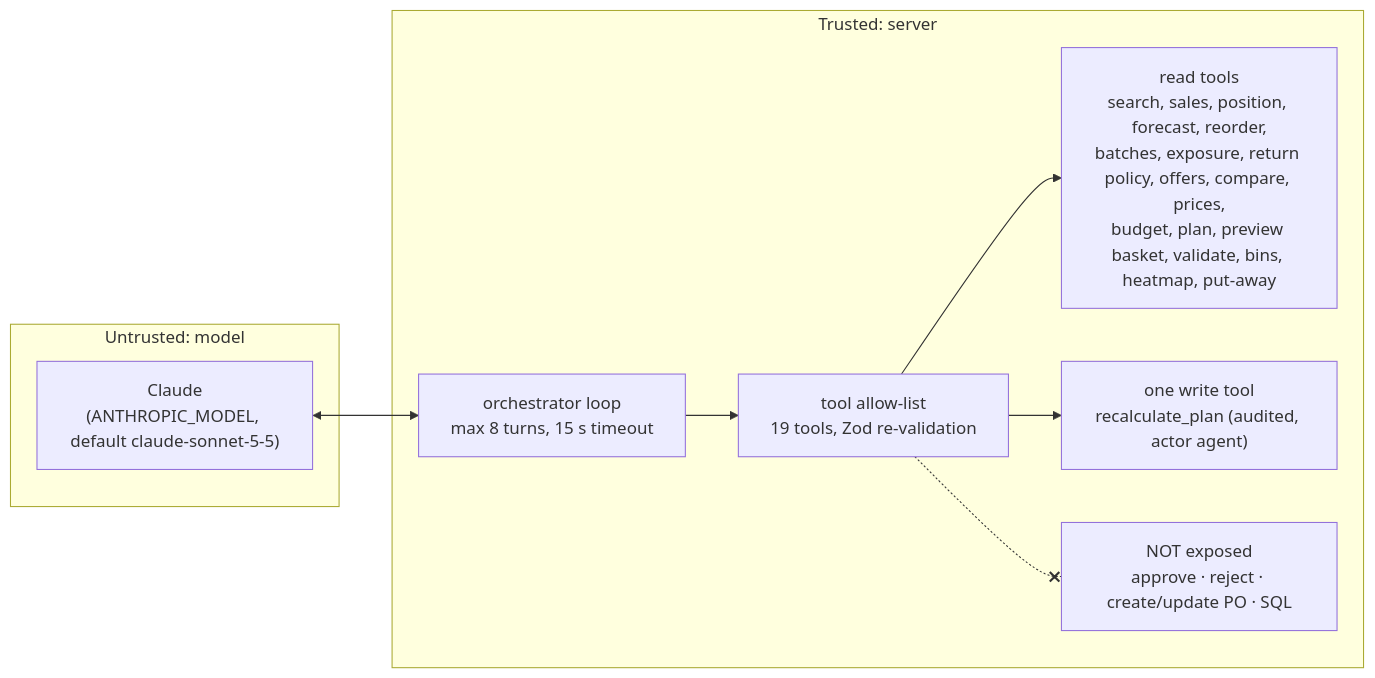
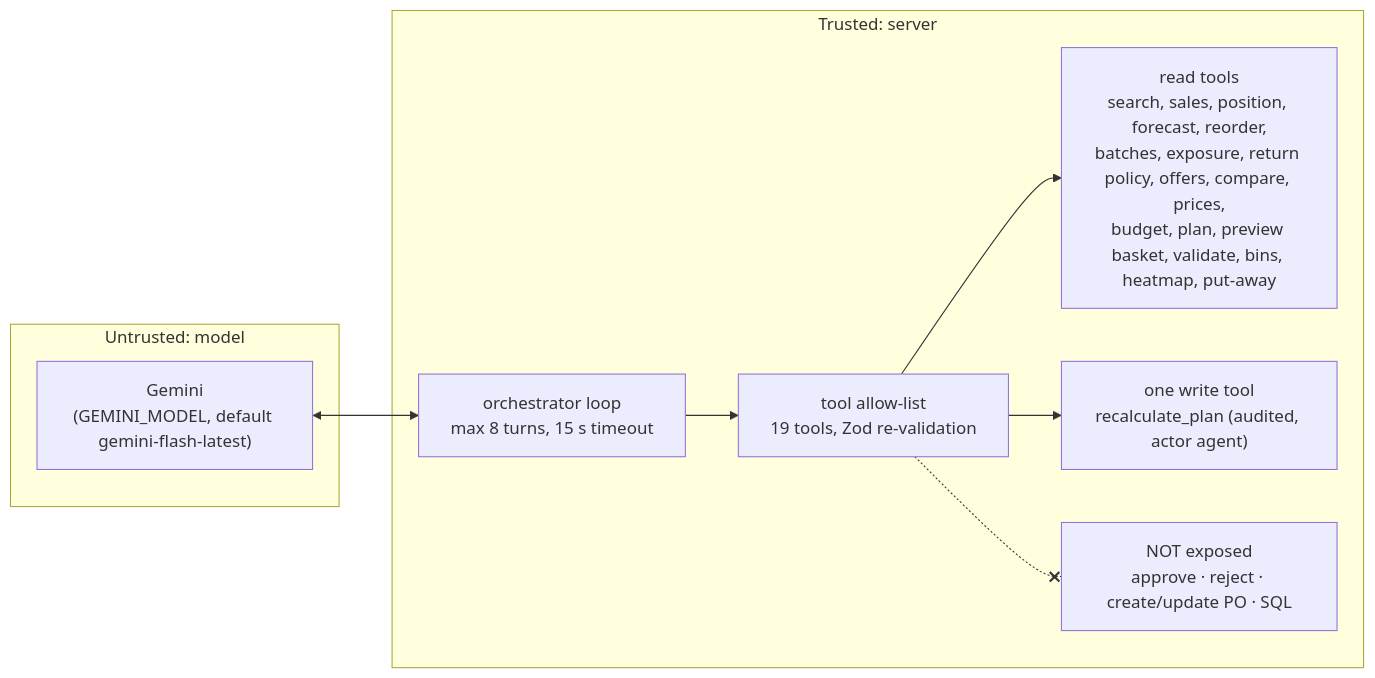
Diagram 18 of 21 in architecture.md (rushshah973/pharmaos), drawn with Mermaid before and after one commit. The commit also changed other lines of this file and 6 other files, not shown here.

First line of the commit message:
switch LLM from Claude to Gemini (@google/genai)

````diff
--- a/architecture.md
+++ b/architecture.md
@@ -518,18 +518,18 @@
 ```mermaid
 flowchart LR
     subgraph llm["Untrusted: model"]
-        m["Claude<br/>(ANTHROPIC_MODEL, default claude-sonnet-5-5)"]
+        m["Gemini<br/>(GEMINI_MODEL, default gemini-flash-latest)"]
     end
     subgraph trusted["Trusted: server"]
         loop["orchestrator loop<br/>max 8 turns, 15 s timeout"]
         allow["tool allow-list<br/>19 tools, Zod re-validation"]
         ro["read tools<br/>search, sales, position, forecast, reorder,<br/>batches, exposure, return policy, offers, compare, prices,<br/>budget, plan, preview basket, validate, bins, heatmap, put-away"]
         rw["one write tool<br/>recalculate_plan (audited, actor agent)"]
         none["NOT exposed<br/>approve · reject · create/update PO · SQL"]
     end
     m <--> loop
     loop --> allow
     allow --> ro
     allow --> rw
     allow -.-x none
 ```
````
